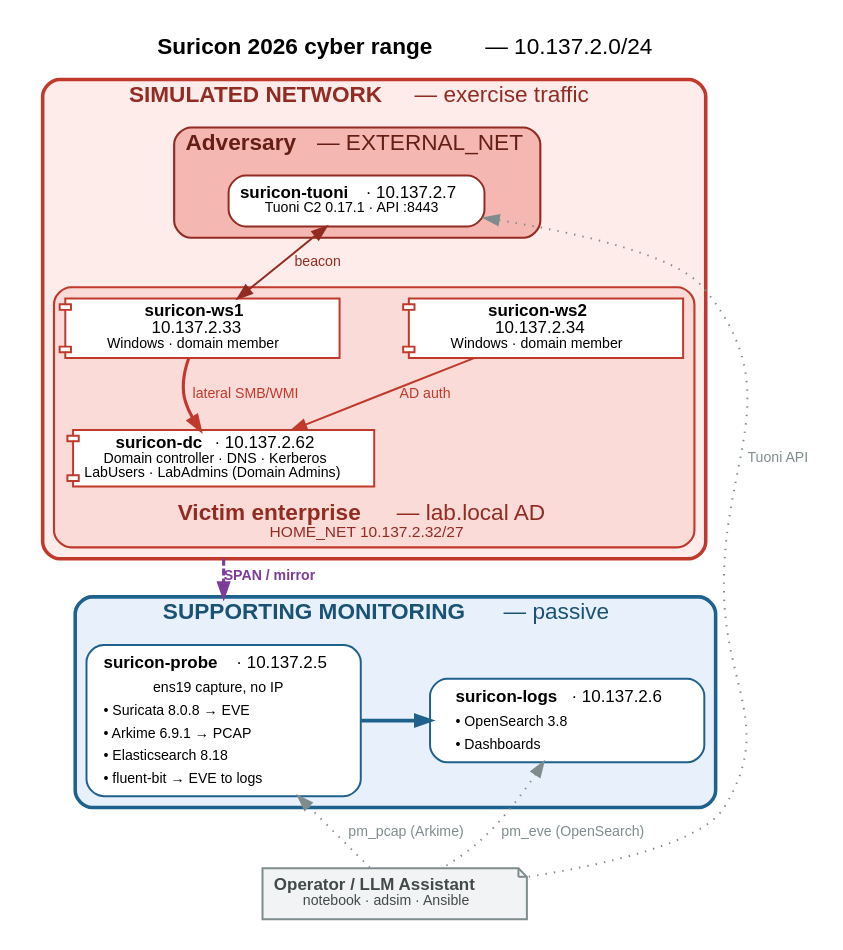
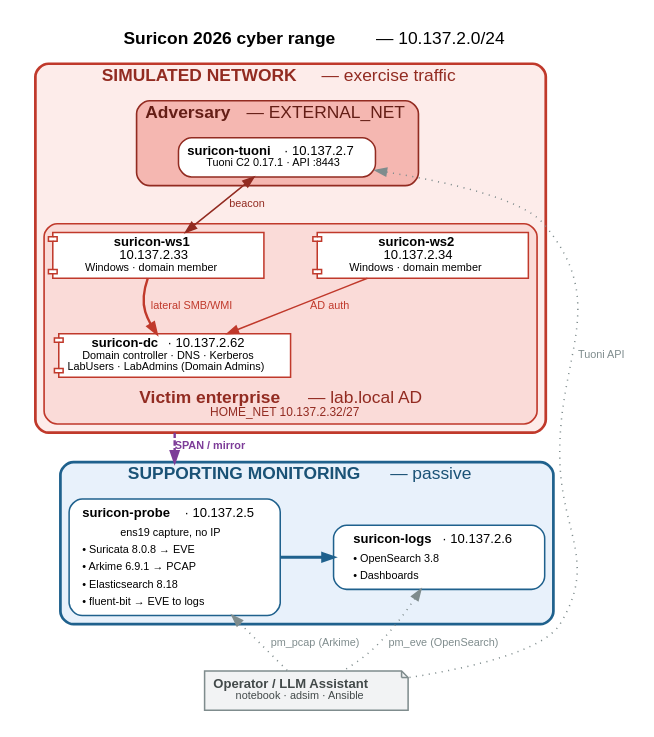
Before and after one commit to StamusNetworks/suricon-range: the diagram in assets/cyber-range-lab.dot, drawn with Graphviz. The commit also changed 5 other files, not shown here.

```diff
--- a/assets/cyber-range-lab.dot
+++ b/assets/cyber-range-lab.dot
@@ -1,86 +1,86 @@
 // Suricon 2026 cyber range topology.
 // Source of truth: ansible/inventory/hosts.ini, ansible/site.yml, group_vars.
-// Render: dot -Tpng -Gdpi=150 assets/cyber-range-lab.dot -o assets/cyber-range-lab.png
+// Render: dot -Tsvg assets/cyber-range-lab.dot -o assets/cyber-range-lab.svg
 digraph lab {
-  graph [rankdir=TB, fontname="Helvetica", fontsize=16, nodesep=0.35, ranksep=0.55,
+  graph [rankdir=TB, size="6.25,10", fontname="Helvetica", fontsize=16, nodesep=0.35, ranksep=0.55,
          newrank=true, compound=true, bgcolor="white", pad=0.2,
          label=<<b>Suricon 2026 cyber range</b> — 10.137.2.0/24>, labelloc=t];
   node  [fontname="Helvetica", fontsize=12, style="filled,rounded", shape=box, penwidth=1.4];
   edge  [fontname="Helvetica", fontsize=10, penwidth=1.4];
 
   // ---------------- Simulated network ----------------
   subgraph cluster_simulated {
     label=<<b>SIMULATED NETWORK</b> — exercise traffic>;
     style="filled,rounded"; fillcolor="#fdecea"; color="#c0392b"; penwidth=2.5; fontcolor="#922b21";
 
     subgraph cluster_adversary {
       label=<<b>Adversary</b> — EXTERNAL_NET>;
       style="filled,rounded"; fillcolor="#f5b7b1"; color="#922b21"; penwidth=1.5; fontcolor="#641e16";
       tuoni [fillcolor="#ffffff", color="#922b21",
              label=<<b>suricon-tuoni</b> · 10.137.2.7<br/><font point-size="10">Tuoni C2 0.17.1 · API :8443</font>>];
     }
 
     subgraph cluster_enterprise {
       label=<<b>Victim enterprise</b> — lab.local AD<br/><font point-size="11">HOME_NET 10.137.2.32/27</font>>;
       labelloc=b;
       style="filled,rounded"; fillcolor="#fadbd8"; color="#c0392b"; penwidth=1.5; fontcolor="#922b21";
       node [shape=component, fillcolor="#ffffff", color="#c0392b"];
       ws1 [width=2.7, label=<<b>suricon-ws1</b><br/>10.137.2.33<br/><font point-size="10">Windows · domain member</font>>];
       ws2 [width=2.7, label=<<b>suricon-ws2</b><br/>10.137.2.34<br/><font point-size="10">Windows · domain member</font>>];
       dc  [label=<<b>suricon-dc</b> · 10.137.2.62<br/><font point-size="10">Domain controller · DNS · Kerberos<br/>LabUsers · LabAdmins (Domain Admins)</font>>];
     }
   }
 
   // ---------------- Supporting monitoring ----------------
   subgraph cluster_monitoring {
     label=<<b>SUPPORTING MONITORING</b> — passive>;
     labelloc=t;
     style="filled,rounded"; fillcolor="#e8f1fb"; color="#1f618d"; penwidth=2.5; fontcolor="#1a5276";
     node [fillcolor="#ffffff", color="#1f618d"];
 
     probe [width=2.7, label=<
       <table border="0" cellborder="0" cellspacing="1">
         <tr><td><b>suricon-probe</b> · 10.137.2.5</td></tr>
         <tr><td><font point-size="10">ens19 capture, no IP</font></td></tr>
         <tr><td align="left"><font point-size="10">• Suricata 8.0.8 → EVE</font></td></tr>
         <tr><td align="left"><font point-size="10">• Arkime 6.9.1 → PCAP</font></td></tr>
         <tr><td align="left"><font point-size="10">• Elasticsearch 8.18</font></td></tr>
         <tr><td align="left"><font point-size="10">• fluent-bit → EVE to logs</font></td></tr>
       </table>>];
 
     logs [width=2.7, label=<
       <table border="0" cellborder="0" cellspacing="1">
         <tr><td><b>suricon-logs</b> · 10.137.2.6</td></tr>
         <tr><td align="left"><font point-size="10">• OpenSearch 3.8</font></td></tr>
         <tr><td align="left"><font point-size="10">• Dashboards</font></td></tr>
       </table>>];
 
     { rank=same; probe; logs; }
   }
 
   // Exercise traffic (top to bottom)
   tuoni -> ws1 [label=" beacon", color="#922b21", fontcolor="#922b21", dir=both];
   tuoni -> ws2 [style=invis];
   ws2 -> dc    [label="AD auth ", color="#c0392b", fontcolor="#c0392b"];
   ws1 -> dc    [label=" lateral SMB/WMI", color="#c0392b", fontcolor="#c0392b", penwidth=2.2];
 
   // Mirrored traffic into the probe
   dc -> probe  [ltail=cluster_simulated, lhead=cluster_monitoring, style=dashed,
                 color="#7d3c98", penwidth=2.2, label=<<b> SPAN / mirror</b>>, fontcolor="#7d3c98"];
 
   // Invisible anchors: keep monitoring box centred under the simulated box
   ws1 -> probe [style=invis];
   ws2 -> logs  [style=invis];
   { rank=same; ws1 -> ws2 [style=invis]; }
 
   // Telemetry pipeline
   probe -> logs [ color="#1f618d", penwidth=2.6, fontcolor="#1f618d"];
 
   // ---------------- Operator (below monitoring, keeps image narrow) ----------------
   operator [shape=note, style="filled", fillcolor="#f2f3f4", color="#7f8c8d", fontcolor="#424949",
             label=<<b>Operator / LLM Assistant</b><br/><font point-size="10">notebook · adsim · Ansible</font>>];
   edge [style=dotted, color="#7f8c8d", fontcolor="#7f8c8d", dir=back];
   probe -> operator [label=" pm_pcap (Arkime)"];
   logs  -> operator [label=" pm_eve (OpenSearch)"];
   tuoni -> operator [label=" Tuoni API", constraint=false];
 }
```
